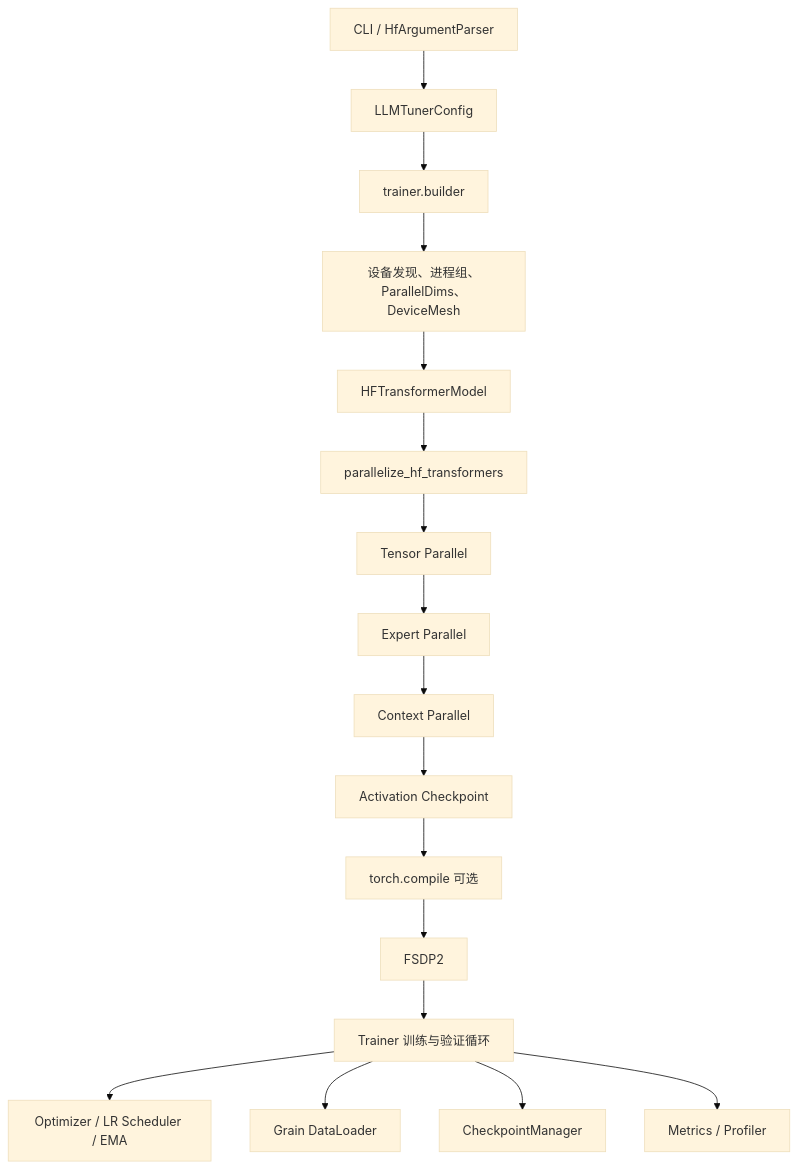
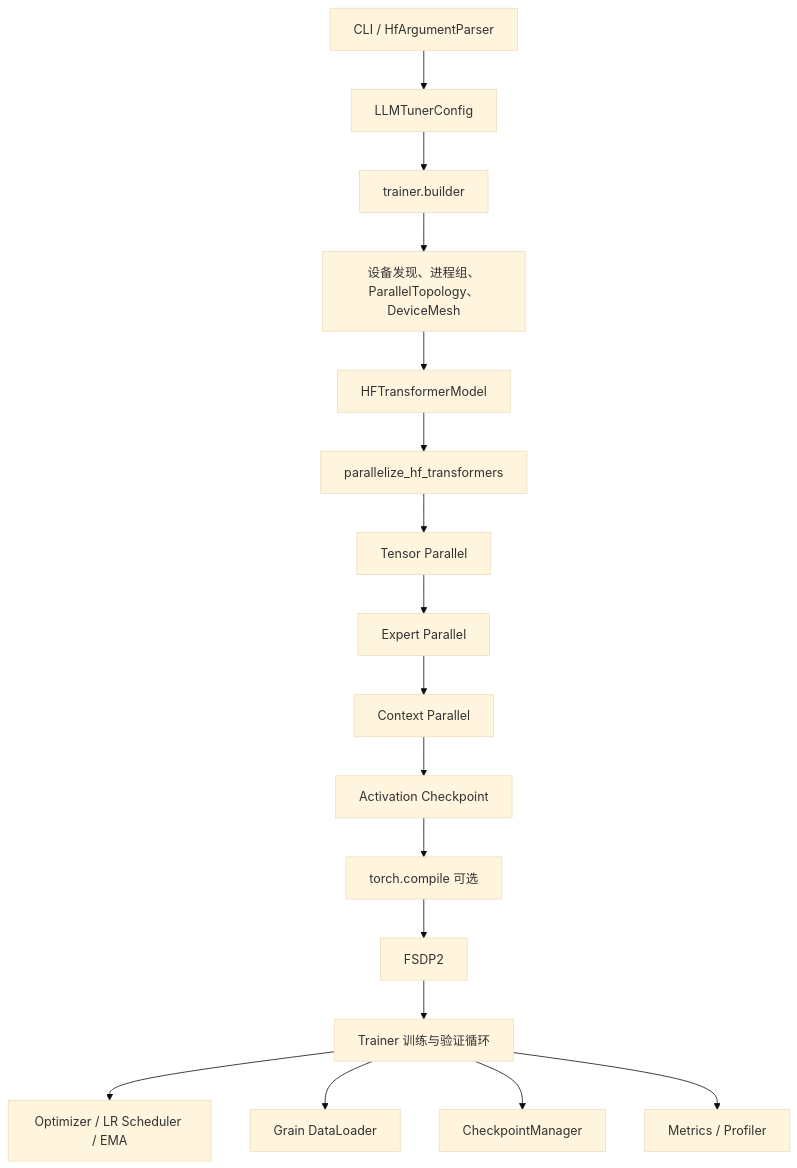
The diagram in docs/introduction.md (jianzhnie/TorchLLMTuner), drawn with Mermaid (base theme) before and after one commit. The commit also changed other lines of this file and 73 other files, not shown here.

````diff
--- a/docs/introduction.md
+++ b/docs/introduction.md
@@ -70,19 +70,19 @@
 ```mermaid
 flowchart TD
     CLI[CLI / HfArgumentParser] --> CFG[LLMTunerConfig]
     CFG --> BUILD[trainer.builder]
-    BUILD --> DIST[设备发现、进程组、ParallelDims、DeviceMesh]
+    BUILD --> DIST[设备发现、进程组、ParallelTopology、DeviceMesh]
     DIST --> MODEL[HFTransformerModel]
     MODEL --> PAR[parallelize_hf_transformers]
     PAR --> TP[Tensor Parallel]
     TP --> EP[Expert Parallel]
     EP --> CP[Context Parallel]
     CP --> AC[Activation Checkpoint]
     AC --> COMPILE[torch.compile 可选]
     COMPILE --> FSDP[FSDP2]
     FSDP --> RUNTIME[Trainer 训练与验证循环]
     RUNTIME --> OPT[Optimizer / LR Scheduler / EMA]
     RUNTIME --> DATA[Grain DataLoader]
     RUNTIME --> CKPT[CheckpointManager]
     RUNTIME --> METRICS[Metrics / Profiler]
 ```
````
